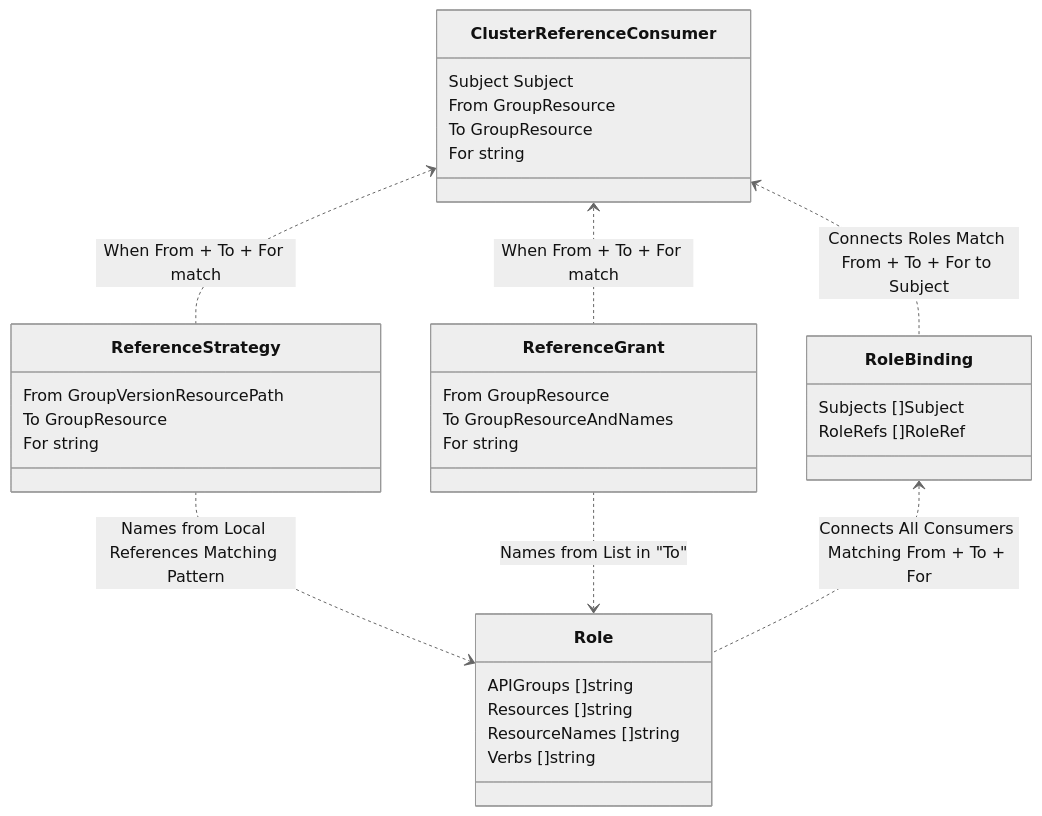
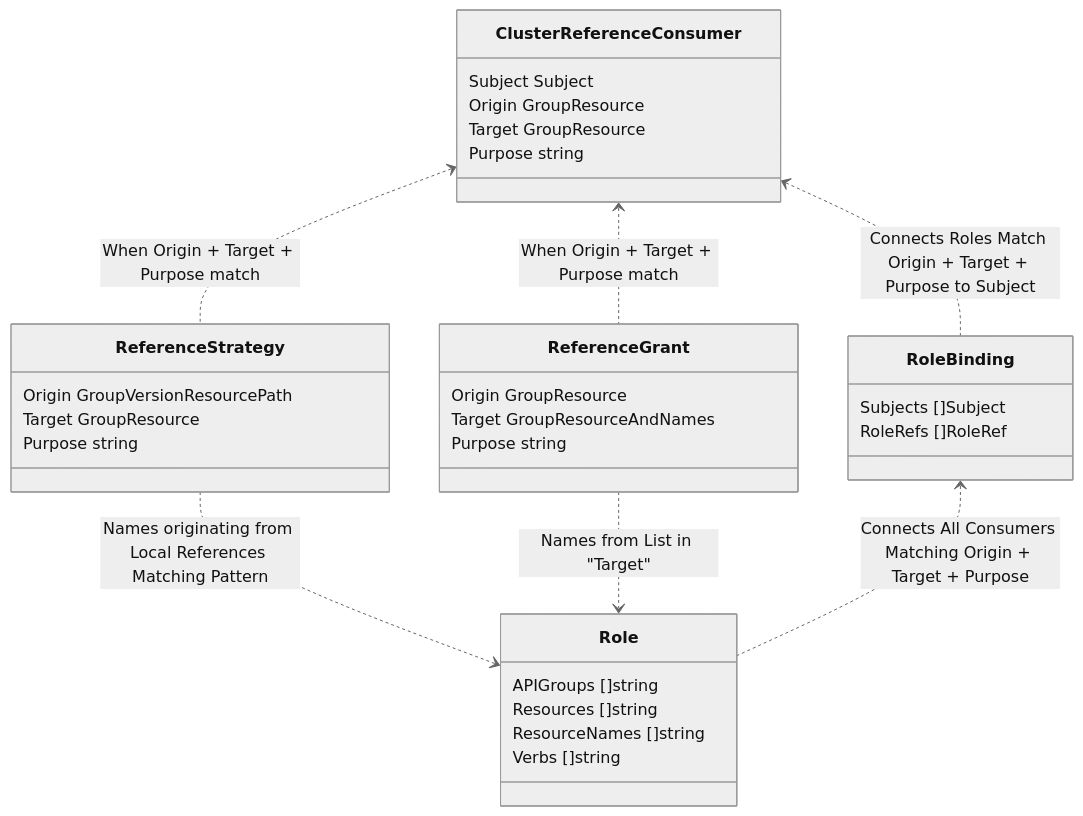
Before and after one commit to kubernetes/enhancements: the second of 2 diagrams in keps/sig-auth/3766-referential-authorization/README.md, drawn with Mermaid (neutral theme). The commit also changed other lines of this file, not shown here.

Commit message:
Rename From/To/For to Origin/Target/Purpose

````diff
--- a/keps/sig-auth/3766-referential-authorization/README.md
+++ b/keps/sig-auth/3766-referential-authorization/README.md
@@ -137,36 +137,36 @@
 ```mermaid
 classDiagram
-    ClusterReferenceConsumer <.. ReferenceStrategy : When From + To + For match
-    ClusterReferenceConsumer <.. ReferenceGrant : When From + To + For match
-    ReferenceStrategy ..> Role : Names from Local References Matching Pattern
-    ReferenceGrant ..> Role : Names from List in "To"
-    ClusterReferenceConsumer <.. RoleBinding : Connects Roles Match From + To + For to Subject
-    RoleBinding <.. Role : Connects All Consumers Matching From + To + For
+    ClusterReferenceConsumer <.. ReferenceStrategy : When Origin + Target + Purpose match
+    ClusterReferenceConsumer <.. ReferenceGrant : When Origin + Target + Purpose match
+    ReferenceStrategy ..> Role : Names originating from Local References Matching Pattern
+    ReferenceGrant ..> Role : Names from List in "Target"
+    ClusterReferenceConsumer <.. RoleBinding : Connects Roles Match Origin + Target + Purpose to Subject
+    RoleBinding <.. Role : Connects All Consumers Matching Origin + Target + Purpose
 
     class ClusterReferenceConsumer{
         Subject Subject
-        From GroupResource
-        To GroupResource
-        For string
+        Origin GroupResource
+        Target GroupResource
+        Purpose string
     }
     class ReferenceStrategy{
-        From GroupVersionResourcePath
-        To GroupResource
-        For string
+        Origin GroupVersionResourcePath
+        Target GroupResource
+        Purpose string
     }
     class ReferenceGrant{
-        From GroupResource
-        To GroupResourceAndNames
-        For string
+        Origin GroupResource
+        Target GroupResourceAndNames
+        Purpose string
     }
     class RoleBinding{
         Subjects []Subject
         RoleRefs []RoleRef
     }
     class Role{
         APIGroups []string
         Resources []string
         ResourceNames []string
         Verbs []string
     }
 ```
````
